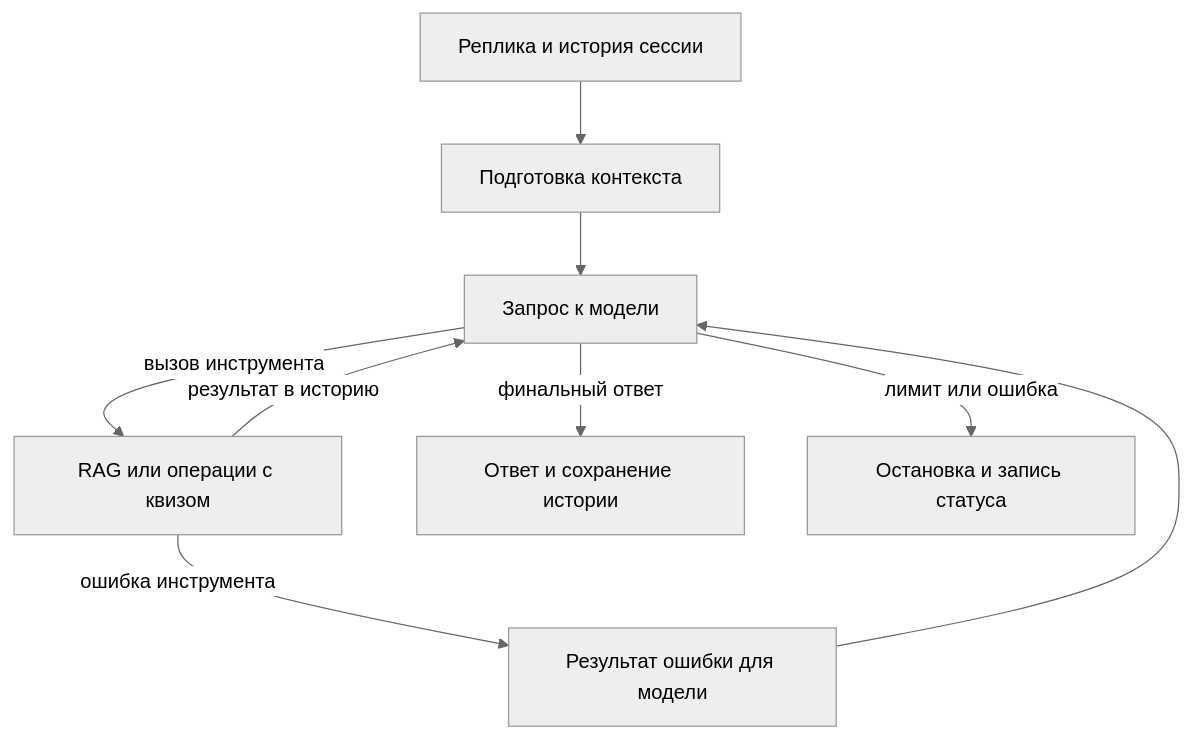
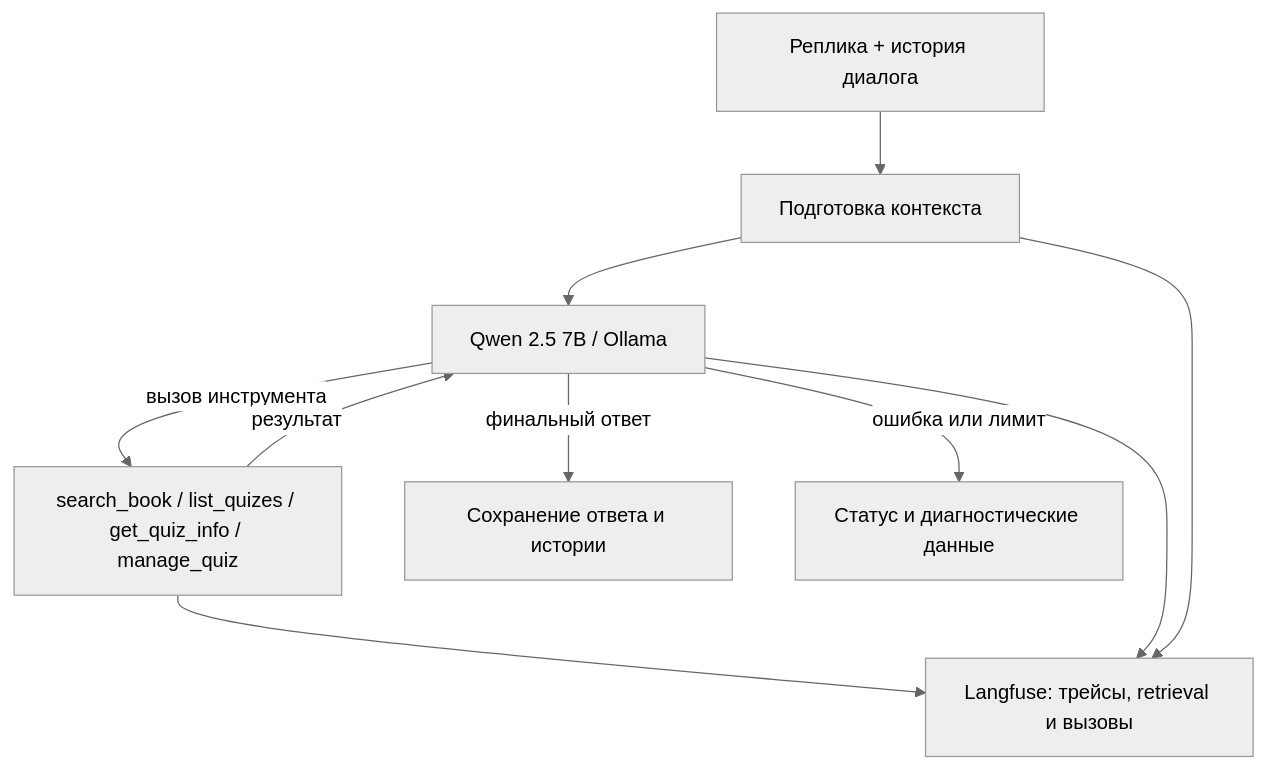
Before and after one commit to ChornyChay1/aa-kovalev: the diagram in projects/aa-kovalev/lab3/REPORT.md, drawn with Mermaid (neutral theme). The commit also changed other lines of this file, not shown here.

````diff
--- a/projects/aa-kovalev/lab3/REPORT.md
+++ b/projects/aa-kovalev/lab3/REPORT.md
@@ -11,11 +7,12 @@
 ```mermaid
 flowchart TD
-    A["Реплика и история сессии"] --> B["Подготовка контекста"]
-    B --> C["Запрос к модели"]
-    C -->|вызов инструмента| D["RAG или операции с квизом"]
-    D -->|результат в историю| C
-    C -->|финальный ответ| E["Ответ и сохранение истории"]
-    C -->|лимит или ошибка| F["Остановка и запись статуса"]
-    D -->|ошибка инструмента| G["Результат ошибки для модели"]
-    G --> C
+    U["Реплика + история диалога"] --> H["Подготовка контекста"]
+    H --> M["Qwen 2.5 7B / Ollama"]
+    M -->|вызов инструмента| T["search_book / list_quizes / get_quiz_info / manage_quiz"]
+    T -->|результат| M
+    M -->|финальный ответ| S["Сохранение ответа и истории"]
+    M -->|ошибка или лимит| E["Статус и диагностические данные"]
+    T --> L["Langfuse: трейсы, retrieval и вызовы"]
+    M --> L
+    H --> L
 ```
````
